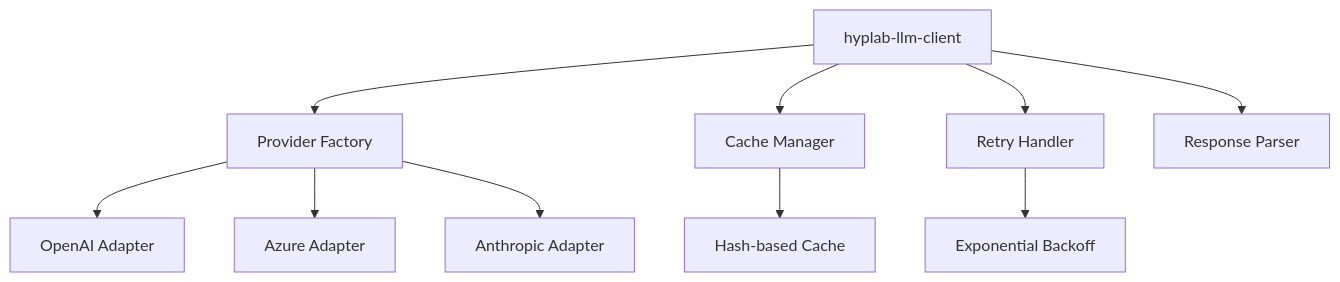
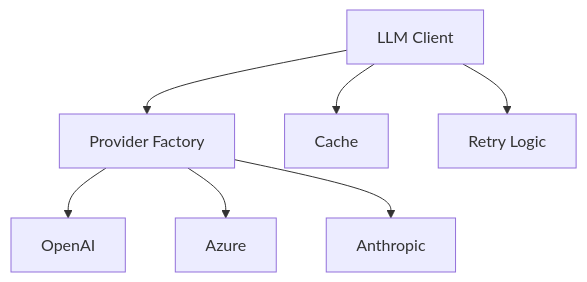
The third of 16 diagrams in books/ai-simulation.md (Param-Harrison/ebook-writer), drawn with Mermaid before and after one commit. The commit also changed other lines of this file and 35 other files, not shown here.

````diff
--- a/books/ai-simulation.md
+++ b/books/ai-simulation.md
@@ -73,14 +96,10 @@
 ```mermaid
-graph TB
-    A[hyplab-llm-client] --> B[Provider Factory]
-    B --> C[OpenAI Adapter]
-    B --> D[Azure Adapter]
-    B --> E[Anthropic Adapter]
+flowchart TB
+    Client[LLM Client] --> Factory[Provider Factory]
+    Factory --> OpenAI[OpenAI]
+    Factory --> Azure[Azure]
+    Factory --> Anthropic[Anthropic]
     
-    A --> F[Cache Manager]
-    A --> G[Retry Handler]
-    A --> H[Response Parser]
-    
-    F --> I[Hash-based Cache]
-    G --> J[Exponential Backoff]
+    Client --> Cache[Cache]
+    Client --> Retry[Retry Logic]
 ```
````
